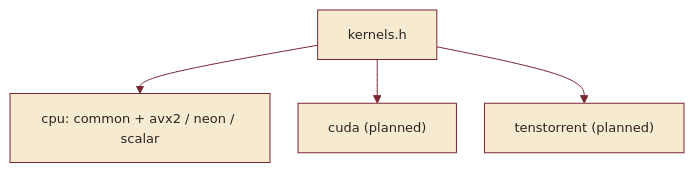
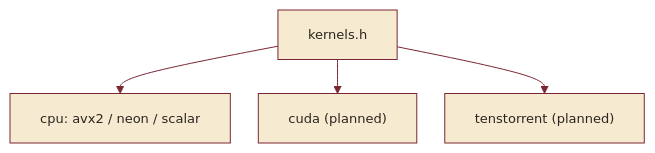
One commit to elprofesoriqo/FlowEdge changed the diagram in docs/architecture/kernels.md. Above: the diagram before and after it, drawn with Mermaid. The commit also changed other lines of this file and 10 other files, not shown here.

````diff
--- a/docs/architecture/kernels.md
+++ b/docs/architecture/kernels.md
@@ -5,8 +5,8 @@
 ```{mermaid}
 %%{init: {'theme':'base','flowchart':{'htmlLabels':false,'nodeSpacing':28,'rankSpacing':34,'useMaxWidth':false},'themeVariables':{'primaryColor':'#f6ead0','primaryBorderColor':'#7b2733','lineColor':'#7b2733','primaryTextColor':'#2b2521','secondaryColor':'#eaddbf','tertiaryColor':'#faf3e2','fontFamily':'system-ui, -apple-system, Segoe UI, Roboto, sans-serif','fontSize':'13px'}}}%%
 graph TD
   I["kernels.h"]
-  I --> CPU["cpu: common + avx2 / neon / scalar"]
+  I --> CPU["cpu: avx2 / neon / scalar"]
   I --> CU["cuda (planned)"]
   I --> TT["tenstorrent (planned)"]
 ```
````
